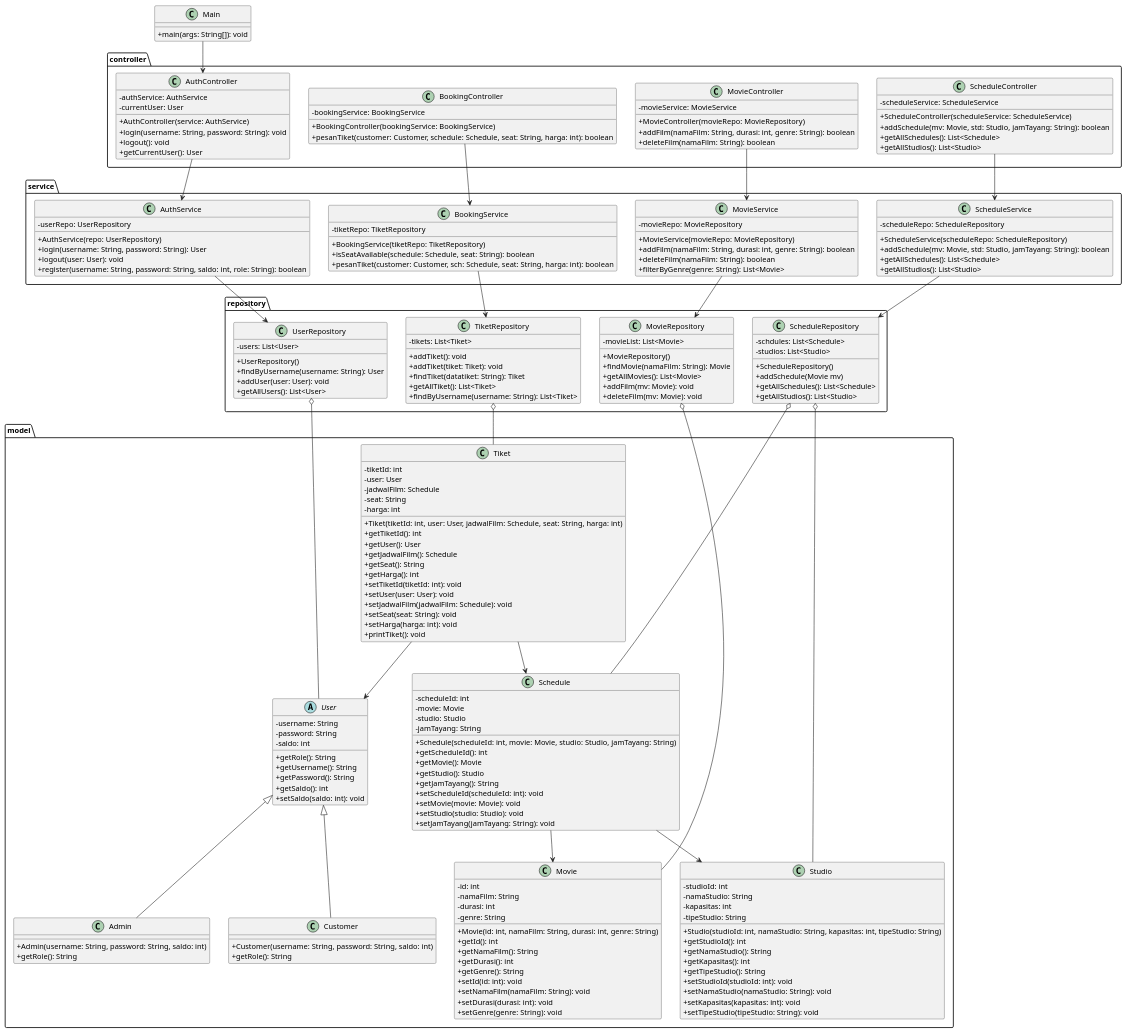
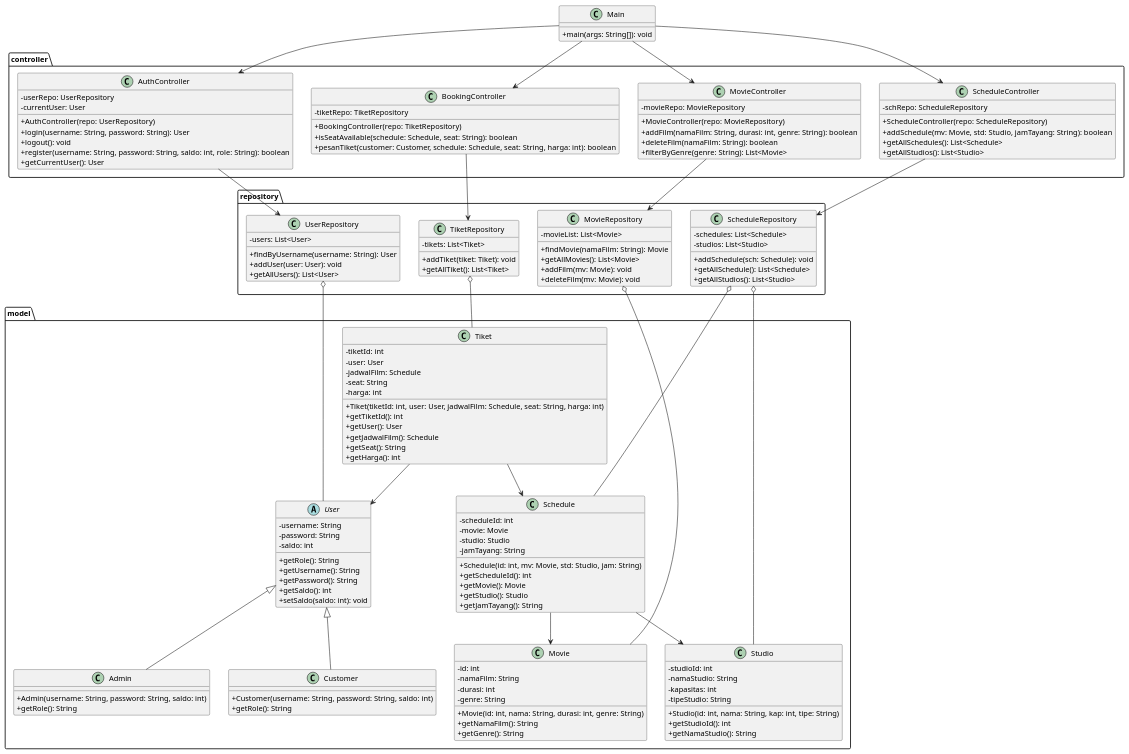
The diagram in diagram.plantuml (sulivancahyadi760-maker/sistem-tiket-bioskop), drawn with PlantUML before and after one commit. The commit also changed 9 other files, not shown here.

Commit message:
update: diagram

```diff
--- a/diagram.plantuml
+++ b/diagram.plantuml
@@ -7,63 +7,33 @@
 
 package controller {
     class AuthController {
-        - authService: AuthService
+        - userRepo: UserRepository
         - currentUser: User
-        + AuthController(service: AuthService)
-        + login(username: String, password: String): void
+        + AuthController(repo: UserRepository)
+        + login(username: String, password: String): User
         + logout(): void
+        + register(username: String, password: String, saldo: int, role: String): boolean
         + getCurrentUser(): User
     }
 
     class BookingController {
-        - bookingService: BookingService
-        + BookingController(bookingService: BookingService)
+        - tiketRepo: TiketRepository
+        + BookingController(repo: TiketRepository)
+        + isSeatAvailable(schedule: Schedule, seat: String): boolean
         + pesanTiket(customer: Customer, schedule: Schedule, seat: String, harga: int): boolean
     }
 
     class ScheduleController {
-        - scheduleService: ScheduleService
-        + ScheduleController(scheduleService: ScheduleService)
+        - schRepo: ScheduleRepository
+        + ScheduleController(repo: ScheduleRepository)
         + addSchedule(mv: Movie, std: Studio, jamTayang: String): boolean
         + getAllSchedules(): List<Schedule>
         + getAllStudios(): List<Studio>
     }
 
     class MovieController {
-        - movieService: MovieService
-        + MovieController(movieRepo: MovieRepository)
-        + addFilm(namaFilm: String, durasi: int, genre: String): boolean
-        + deleteFilm(namaFilm: String): boolean
-    }
-}
-
-package service {
-    class AuthService {
-        - userRepo: UserRepository
-        + AuthService(repo: UserRepository)
-        + login(username: String, password: String): User
-        + logout(user: User): void
-        + register(username: String, password: String, saldo: int, role: String): boolean
-    }
-
-    class BookingService {
-        - tiketRepo: TiketRepository
-        + BookingService(tiketRepo: TiketRepository)
-        + isSeatAvailable(schedule: Schedule, seat: String): boolean
-        + pesanTiket(customer: Customer, sch: Schedule, seat: String, harga: int): boolean
-    }
-
-    class ScheduleService {
-        - scheduleRepo: ScheduleRepository
-        + ScheduleService(scheduleRepo: ScheduleRepository)
-        + addSchedule(mv: Movie, std: Studio, jamTayang: String): boolean
-        + getAllSchedules(): List<Schedule>
-        + getAllStudios(): List<Studio>
-    }
-
-    class MovieService {
         - movieRepo: MovieRepository
-        + MovieService(movieRepo: MovieRepository)
+        + MovieController(repo: MovieRepository)
         + addFilm(namaFilm: String, durasi: int, genre: String): boolean
         + deleteFilm(namaFilm: String): boolean
         + filterByGenre(genre: String): List<Movie>
@@ -73,7 +43,6 @@
 package repository {
     class UserRepository {
         - users: List<User>
-        + UserRepository()
         + findByUsername(username: String): User
         + addUser(user: User): void
         + getAllUsers(): List<User>
@@ -81,25 +50,20 @@
 
     class TiketRepository {
         - tikets: List<Tiket>
-        + addTiket(): void
         + addTiket(tiket: Tiket): void
-        + findTiket(datatiket: String): Tiket
         + getAllTiket(): List<Tiket>
-        + findByUsername(username: String): List<Tiket>
     }
 
     class ScheduleRepository {
-        - schdules: List<Schedule>
+        - schedules: List<Schedule>
         - studios: List<Studio>
-        + ScheduleRepository()
-        + addSchedule(Movie mv)
-        + getAllSchedules(): List<Schedule>
+        + addSchedule(sch: Schedule): void
+        + getAllSchedule(): List<Schedule>
         + getAllStudios(): List<Studio>
     }
 
     class MovieRepository {
         - movieList: List<Movie>
-        + MovieRepository()
         + findMovie(namaFilm: String): Movie
         + getAllMovies(): List<Movie>
         + addFilm(mv: Movie): void
@@ -141,12 +105,6 @@
         + getJadwalFilm(): Schedule
         + getSeat(): String
         + getHarga(): int
-        + setTiketId(tiketId: int): void
-        + setUser(user: User): void
-        + setJadwalFilm(jadwalFilm: Schedule): void
-        + setSeat(seat: String): void
-        + setHarga(harga: int): void
-        + printTiket(): void
     }
 
     class Schedule {
@@ -154,15 +112,11 @@
         - movie: Movie
         - studio: Studio
         - jamTayang: String
-        + Schedule(scheduleId: int, movie: Movie, studio: Studio, jamTayang: String)
+        + Schedule(id: int, mv: Movie, std: Studio, jam: String)
         + getScheduleId(): int
         + getMovie(): Movie
         + getStudio(): Studio
         + getJamTayang(): String
-        + setScheduleId(scheduleId: int): void
-        + setMovie(movie: Movie): void
-        + setStudio(studio: Studio): void
-        + setJamTayang(jamTayang: String): void
     }
 
     class Studio {
@@ -170,15 +124,9 @@
         - namaStudio: String
         - kapasitas: int
         - tipeStudio: String
-        + Studio(studioId: int, namaStudio: String, kapasitas: int, tipeStudio: String)
+        + Studio(id: int, nama: String, kap: int, tipe: String)
         + getStudioId(): int
         + getNamaStudio(): String
-        + getKapasitas(): int
-        + getTipeStudio(): String
-        + setStudioId(studioId: int): void
-        + setNamaStudio(namaStudio: String): void
-        + setKapasitas(kapasitas: int): void
-        + setTipeStudio(tipeStudio: String): void
     }
 
     class Movie {
@@ -186,29 +134,21 @@
         - namaFilm: String
         - durasi: int
         - genre: String
-        + Movie(id: int, namaFilm: String, durasi: int, genre: String)
-        + getId(): int
+        + Movie(id: int, nama: String, durasi: int, genre: String)
         + getNamaFilm(): String
-        + getDurasi(): int
         + getGenre(): String
-        + setId(id: int): void
-        + setNamaFilm(namaFilm: String): void
-        + setDurasi(durasi: int): void
-        + setGenre(genre: String): void
     }
 }
 
 Main --> AuthController
+Main --> MovieController
+Main --> ScheduleController
+Main --> BookingController
 
-AuthController --> AuthService
-BookingController --> BookingService
-ScheduleController --> ScheduleService
-MovieController --> MovieService
-
-AuthService --> UserRepository
-BookingService --> TiketRepository
-ScheduleService --> ScheduleRepository
-MovieService --> MovieRepository
+AuthController --> UserRepository
+BookingController --> TiketRepository
+ScheduleController --> ScheduleRepository
+MovieController --> MovieRepository
 
 UserRepository o-- User
 TiketRepository o-- Tiket
```
